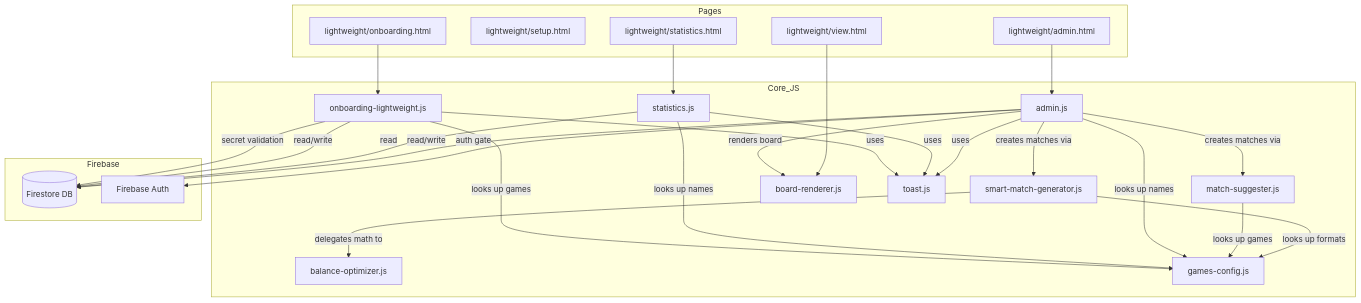
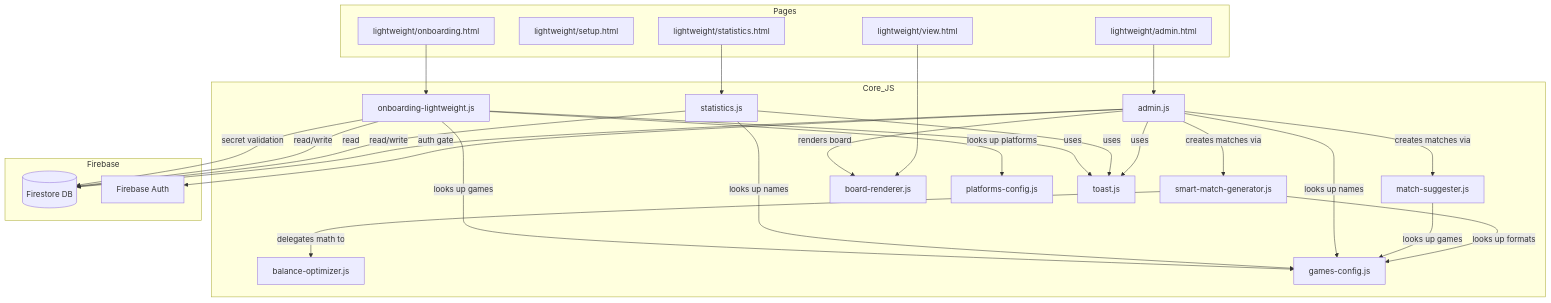
The diagram in BoardGame/docs/architecture/index.md (LNiitlahti/BoardGame), drawn with Mermaid before and after one commit. The commit also changed other lines of this file and 19 other files, not shown here.

First line of the commit message:
Add game logos, platforms config, match queue, admin cleanup, and onboarding improvements

````diff
--- a/BoardGame/docs/architecture/index.md
+++ b/BoardGame/docs/architecture/index.md
@@ -8,52 +8,54 @@
 ```mermaid
 graph TB
     subgraph Pages
         ADMIN[lightweight/admin.html]
         SETUP[lightweight/setup.html]
         ONBOARD[lightweight/onboarding.html]
         VIEW[lightweight/view.html]
         STATS[lightweight/statistics.html]
     end
 
     subgraph Core_JS
         ADM_JS[admin.js]
         SMG[smart-match-generator.js]
         BO[balance-optimizer.js]
         MS[match-suggester.js]
         GC[games-config.js]
         BR[board-renderer.js]
         ST[statistics.js]
+        PC[platforms-config.js]
         OB[onboarding-lightweight.js]
         TOAST[toast.js]
     end
 
     subgraph Firebase
         FB[(Firestore DB)]
         AUTH[Firebase Auth]
     end
 
     ADMIN --> ADM_JS
     STATS --> ST
     ONBOARD --> OB
     VIEW --> BR
 
     ADM_JS -->|creates matches via| SMG
     ADM_JS -->|creates matches via| MS
     SMG -->|delegates math to| BO
     SMG -->|looks up formats| GC
     MS -->|looks up games| GC
     ADM_JS -->|renders board| BR
     ADM_JS -->|looks up names| GC
     ST -->|looks up names| GC
     OB -->|looks up games| GC
+    OB -->|looks up platforms| PC
 
     ADM_JS -->|uses| TOAST
     ST -->|uses| TOAST
     OB -->|uses| TOAST
 
     ADM_JS -->|read/write| FB
     ST -->|read| FB
     OB -->|read/write| FB
     ADM_JS -->|auth gate| AUTH
     OB -->|secret validation| FB
 ```
````
